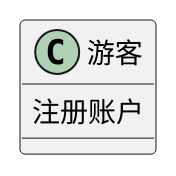
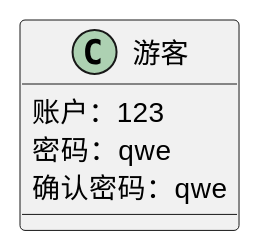
One commit to 1095729006/is_analysis-3 changed the fourth of 8 diagrams in test3/Readme.md. Above: the diagram before and after it, drawn with PlantUML. The commit also changed other lines of this file and 5 other files, not shown here.

```diff
--- a/test3/Readme.md
+++ b/test3/Readme.md
@@ -123,5 +124,7 @@
 @startuml
 class 游客{
- 注册账户
+ 账户：123
+ 密码：qwe
+ 确认密码：qwe
 }
 @enduml
```
